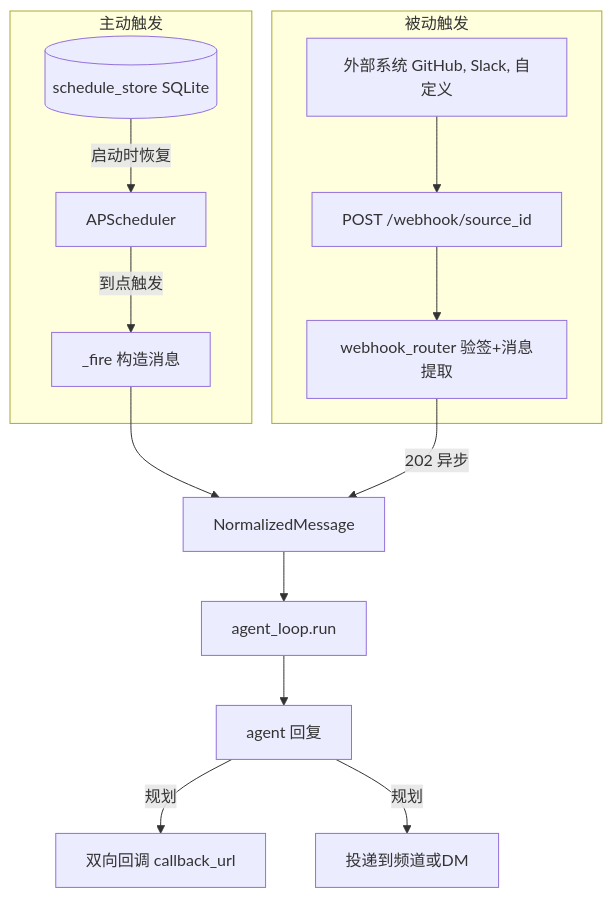
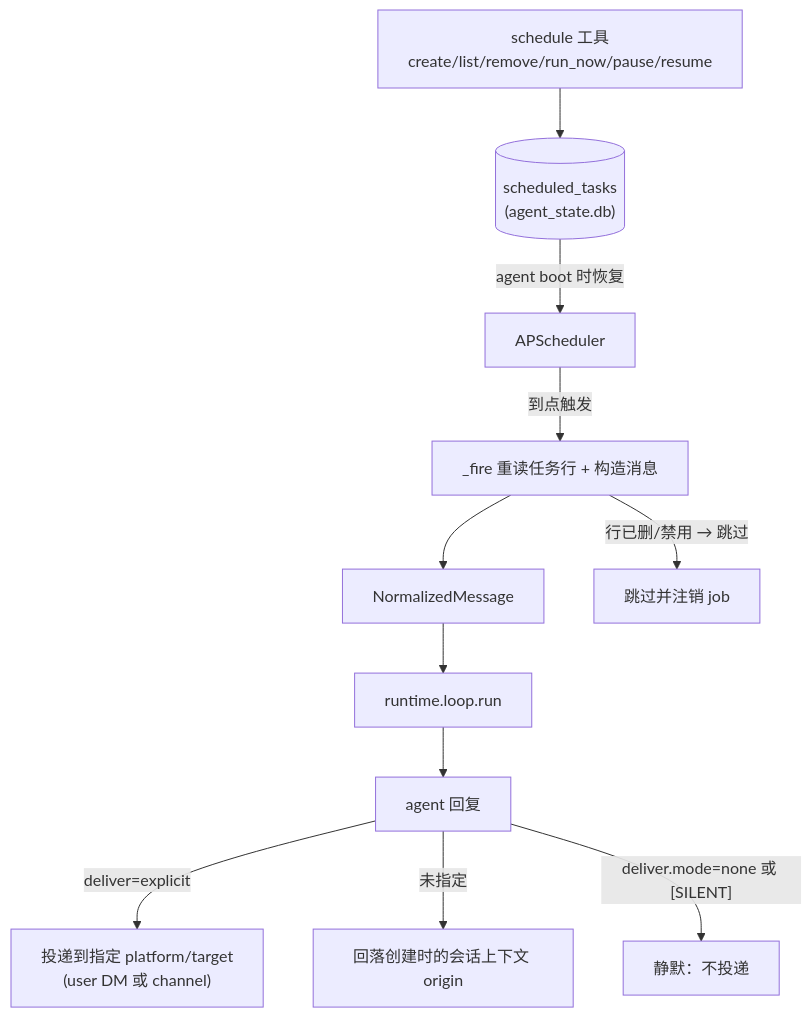
One commit to Summy2104/fleetent changed the first of 2 diagrams in docs/capabilities/scheduling.md. Above: the diagram before and after it, drawn with Mermaid. The commit also changed other lines of this file, not shown here.

First line of the commit message:
docs(scheduling): recalibrate to agent-owned model, fix stale status

````diff
--- a/docs/capabilities/scheduling.md
+++ b/docs/capabilities/scheduling.md
@@ -21,27 +23,18 @@
 ```mermaid
 flowchart TD
-    FIRE["_fire 构造消息"]
-    WR["webhook_router 验签+消息提取"]
+    DB[("scheduled_tasks<br/>(agent_state.db)")]
+    AP[APScheduler]
+    FIRE["_fire 重读任务行 + 构造消息"]
     NM[NormalizedMessage]
-    AL["agent_loop.run"]
+    AL["runtime.loop.run"]
+    REPLY["agent 回复"]
 
-    subgraph active["主动触发"]
-        DB[("schedule_store SQLite")]
-        AP[APScheduler]
-        DB -->|"启动时恢复"| AP
-        AP -->|"到点触发"| FIRE
-    end
-
-    subgraph passive["被动触发"]
-        EXT["外部系统 GitHub, Slack, 自定义"]
-        WH["POST /webhook/source_id"]
-        EXT --> WH --> WR
-    end
-
-    FIRE --> NM
-    WR -->|"202 异步"| NM
-    NM --> AL
-    AL --> REPLY["agent 回复"]
-    REPLY -->|"规划"| CB["双向回调 callback_url"]
-    REPLY -->|"规划"| CH["投递到频道或DM"]
+    TOOL["schedule 工具<br/>create/list/remove/run_now/pause/resume"] --> DB
+    DB -->|"agent boot 时恢复"| AP
+    AP -->|"到点触发"| FIRE
+    FIRE -->|"行已删/禁用 → 跳过"| SKIP["跳过并注销 job"]
+    FIRE --> NM --> AL --> REPLY
+    REPLY -->|"deliver=explicit"| CH["投递到指定 platform/target<br/>(user DM 或 channel)"]
+    REPLY -->|"未指定"| ORIG["回落创建时的会话上下文 origin"]
+    REPLY -->|"deliver.mode=none 或 [SILENT]"| NONE["静默：不投递"]
 ```
````
